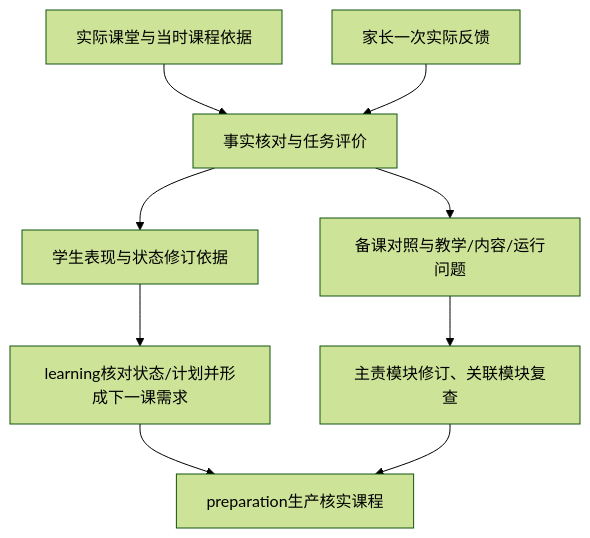
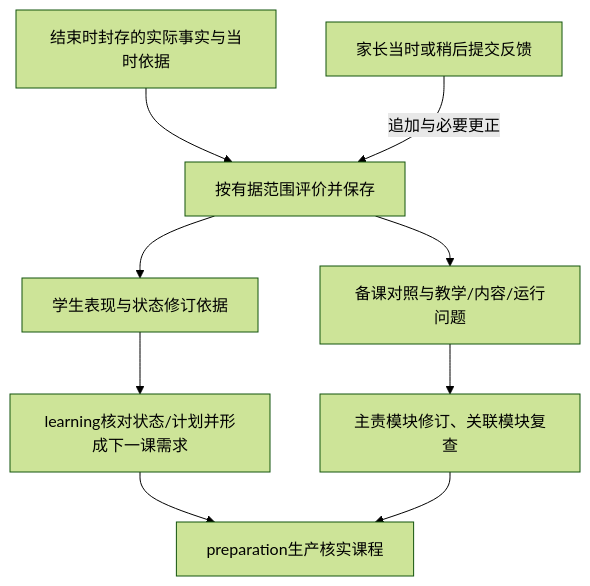
One commit to AltairEven/ProjectJ changed the diagram in design/evaluation/handoffs.md. Above: the diagram before and after it, drawn with Mermaid (forest theme). The commit also changed other lines of this file and 69 other files, not shown here.

````diff
--- a/design/evaluation/handoffs.md
+++ b/design/evaluation/handoffs.md
@@ -25,11 +27,11 @@
 ```mermaid
 flowchart TD
-    A[实际课堂与当时课程依据] --> C[事实核对与任务评价]
-    B[家长一次实际反馈] --> C
+A[结束时封存的实际事实与当时依据] --> C[按有据范围评价并保存]
+B[家长当时或稍后提交反馈] -->|追加与必要更正| C
     C --> D[学生表现与状态修订依据]
     D --> E[learning核对状态/计划并形成下一课需求]
     E --> F[preparation生产核实课程]
     C --> G[备课对照与教学/内容/运行问题]
     G --> H[主责模块修订、关联模块复查]
     H --> F
 ```
````
